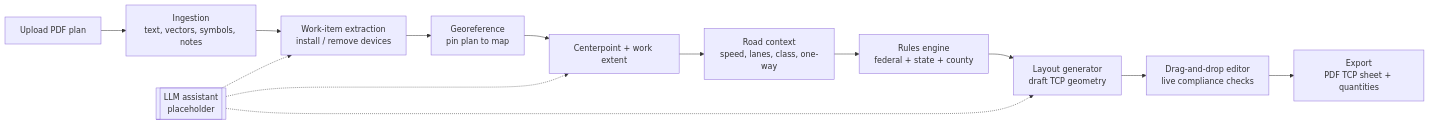
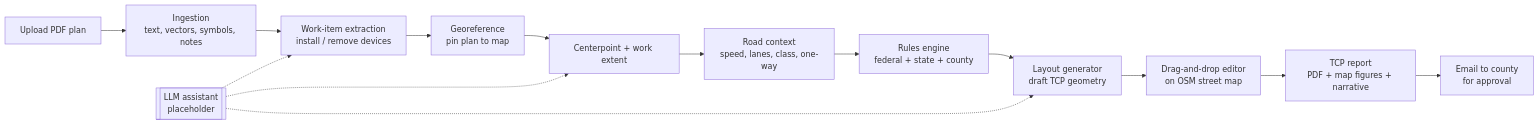
One commit to teprice92/tcp-auto changed the diagram in docs/PLAN.md. Above: the diagram before and after it, drawn with Mermaid. The commit also changed other lines of this file and 1 other file, not shown here.

First line of the commit message:
Plan: make TCP a standalone OSM-based deliverable with emailable report

````diff
--- a/docs/PLAN.md
+++ b/docs/PLAN.md
@@ -40,16 +46,17 @@
 ```mermaid
 flowchart LR
     A[Upload PDF plan] --> B[Ingestion<br/>text, vectors, symbols, notes]
     B --> C[Work-item extraction<br/>install / remove devices]
     C --> D[Georeference<br/>pin plan to map]
     D --> E[Centerpoint + work extent]
     E --> F[Road context<br/>speed, lanes, class, one-way]
     F --> G[Rules engine<br/>federal + state + county]
     G --> H[Layout generator<br/>draft TCP geometry]
-    H --> I[Drag-and-drop editor<br/>live compliance checks]
-    I --> J[Export<br/>PDF TCP sheet + quantities]
+    H --> I[Drag-and-drop editor<br/>on OSM street map]
+    I --> J[TCP report<br/>PDF + map figures + narrative]
+    J --> K[Email to county<br/>for approval]
 
     L[[LLM assistant<br/>placeholder]] -.-> C
     L -.-> E
     L -.-> H
 ```
````
